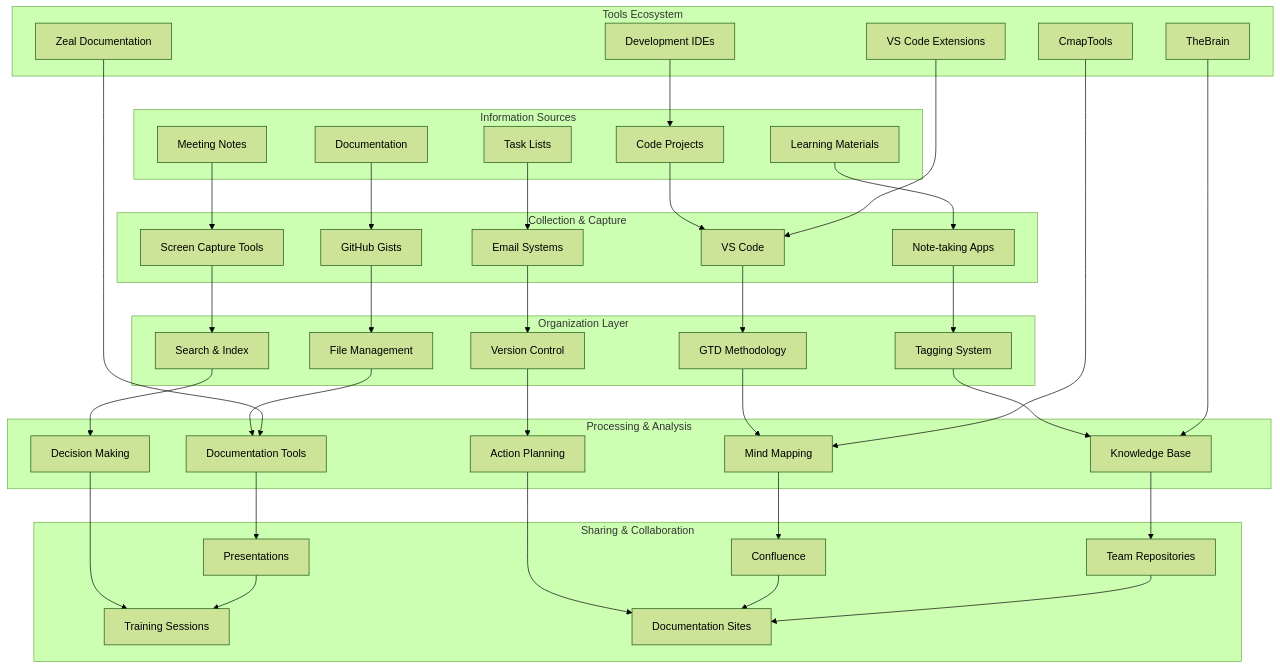
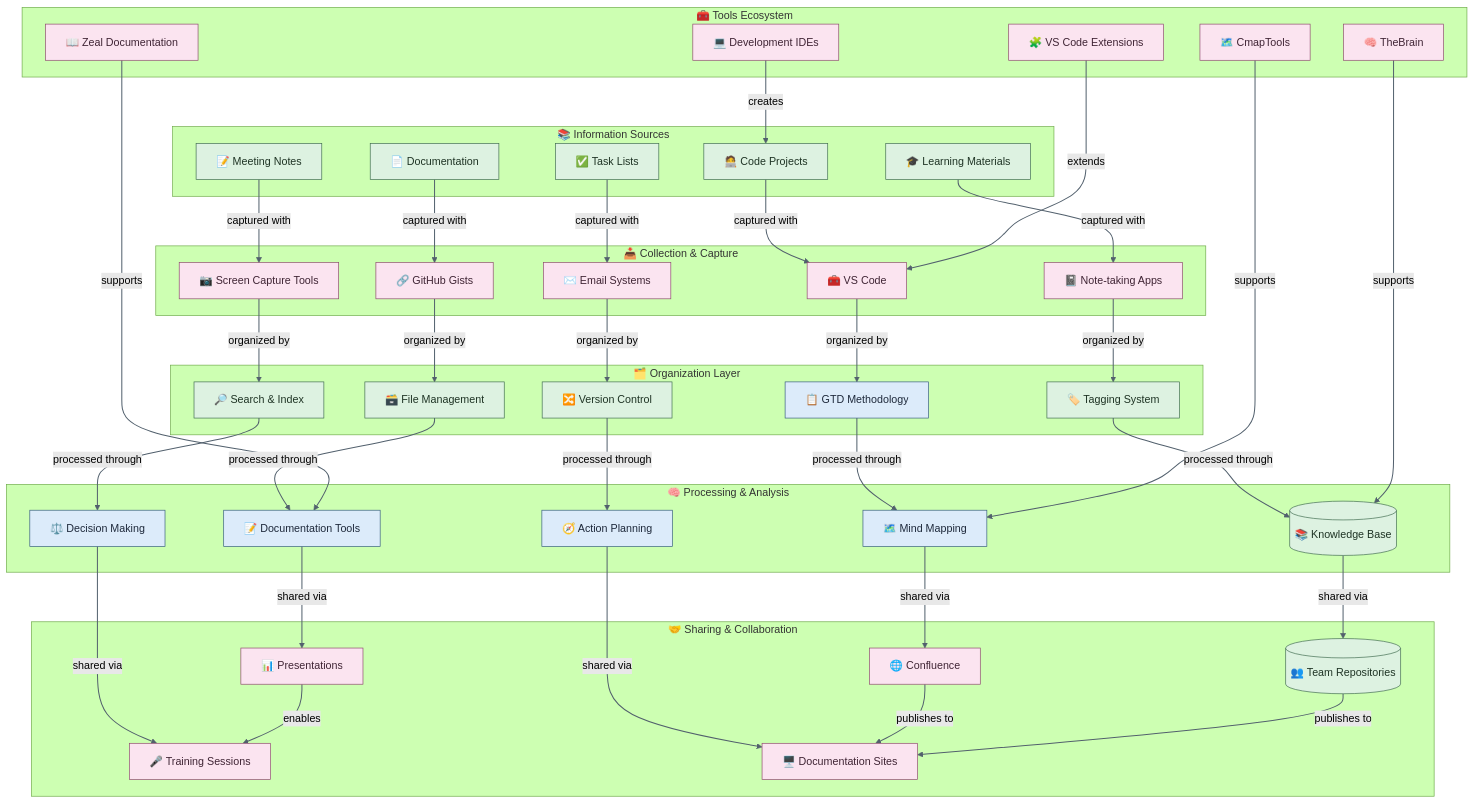
One commit to enogrob/presentation-organize-and-share-information changed the first of 7 diagrams in README.md. Above: the diagram before and after it, drawn with Mermaid (forest theme). The commit also changed other lines of this file and 2 other files, not shown here.

````diff
--- a/README.md
+++ b/README.md
@@ -41,84 +41,92 @@
 ```mermaid
 graph TB
-    subgraph "Information Sources"
-        A[Code Projects]
-        B[Documentation]
-        C[Learning Materials]
-        D[Meeting Notes]
-        E[Task Lists]
-    end
-    
-    subgraph "Collection & Capture"
-        F[VS Code]
-        G[GitHub Gists]
-        H[Note-taking Apps]
-        I[Screen Capture Tools]
-        J[Email Systems]
-    end
-    
-    subgraph "Organization Layer"
-        K[GTD Methodology]
-        L[File Management]
-        M[Tagging System]
-        N[Search & Index]
-        O[Version Control]
-    end
-    
-    subgraph "Processing & Analysis"
-        P[Mind Mapping]
-        Q[Documentation Tools]
-        R[Knowledge Base]
-        S[Decision Making]
-        T[Action Planning]
-    end
-    
-    subgraph "Sharing & Collaboration"
-        U[Confluence]
-        V[Presentations]
-        W[Team Repositories]
-        X[Training Sessions]
-        Y[Documentation Sites]
-    end
-    
-    subgraph "Tools Ecosystem"
-        Z1[TheBrain]
-        Z2[VS Code Extensions]
-        Z3[CmapTools]
-        Z4[Zeal Documentation]
-        Z5[Development IDEs]
-    end
-    
-    A --> F
-    B --> G
-    C --> H
-    D --> I
-    E --> J
-    
-    F --> K
-    G --> L
-    H --> M
-    I --> N
-    J --> O
-    
-    K --> P
-    L --> Q
-    M --> R
-    N --> S
-    O --> T
-    
-    P --> U
-    Q --> V
-    R --> W
-    S --> X
-    T --> Y
-    
-    Z1 --> R
-    Z2 --> F
-    Z3 --> P
-    Z4 --> Q
-    Z5 --> A
-    
-    U --> Y
-    V --> X
-    W --> Y
+  subgraph "📚 Information Sources"
+    A[🧑‍💻 Code Projects]
+    B[📄 Documentation]
+    C[🎓 Learning Materials]
+    D[📝 Meeting Notes]
+    E[✅ Task Lists]
+  end
+
+  subgraph "📥 Collection & Capture"
+    F[🧰 VS Code]
+    G[🔗 GitHub Gists]
+    H[📓 Note-taking Apps]
+    I[📷 Screen Capture Tools]
+    J[✉️ Email Systems]
+  end
+
+  subgraph "🗂️ Organization Layer"
+    K[📋 GTD Methodology]
+    L[🗃️ File Management]
+    M[🏷️ Tagging System]
+    N[🔎 Search & Index]
+    O[🔀 Version Control]
+  end
+
+  subgraph "🧠 Processing & Analysis"
+    P[🗺️ Mind Mapping]
+    Q[📝 Documentation Tools]
+    R[(📚 Knowledge Base)]
+    S[⚖️ Decision Making]
+    T[🧭 Action Planning]
+  end
+
+  subgraph "🤝 Sharing & Collaboration"
+    U[🌐 Confluence]
+    V[📊 Presentations]
+    W[(👥 Team Repositories)]
+    X[🎤 Training Sessions]
+    Y[🖥️ Documentation Sites]
+  end
+
+  subgraph "🧰 Tools Ecosystem"
+    Z1[🧠 TheBrain]
+    Z2[🧩 VS Code Extensions]
+    Z3[🗺️ CmapTools]
+    Z4[📖 Zeal Documentation]
+    Z5[💻 Development IDEs]
+  end
+
+  A -->|captured with| F
+  B -->|captured with| G
+  C -->|captured with| H
+  D -->|captured with| I
+  E -->|captured with| J
+
+  F -->|organized by| K
+  G -->|organized by| L
+  H -->|organized by| M
+  I -->|organized by| N
+  J -->|organized by| O
+
+  K -->|processed through| P
+  L -->|processed through| Q
+  M -->|processed through| R
+  N -->|processed through| S
+  O -->|processed through| T
+
+  P -->|shared via| U
+  Q -->|shared via| V
+  R -->|shared via| W
+  S -->|shared via| X
+  T -->|shared via| Y
+
+  Z1 -->|supports| R
+  Z2 -->|extends| F
+  Z3 -->|supports| P
+  Z4 -->|supports| Q
+  Z5 -->|creates| A
+
+  U -->|publishes to| Y
+  V -->|enables| X
+  W -->|publishes to| Y
+
+  classDef process fill:#DCEBFA,stroke:#355C7D,color:#1E293B
+  classDef data fill:#DDF2E1,stroke:#3F6B4F,color:#1E3324
+  classDef integration fill:#FBE4F0,stroke:#8E496D,color:#3F2434
+  class A,B,C,D,E,L,M,N,O,R,W data
+  class F,G,H,I,J,U,V,X,Y,Z1,Z2,Z3,Z4,Z5 integration
+  class K,P,Q,S,T process
+  linkStyle default stroke:#52606D,stroke-width:1.5px
 ```
````
